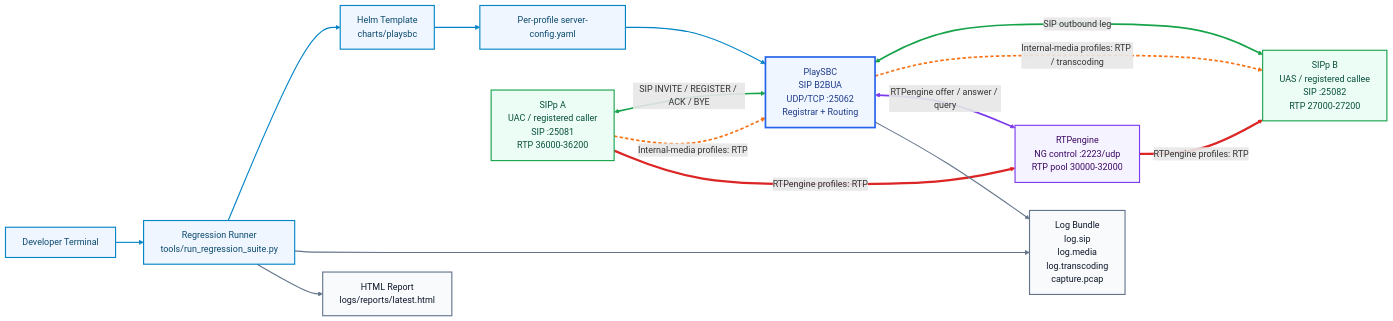
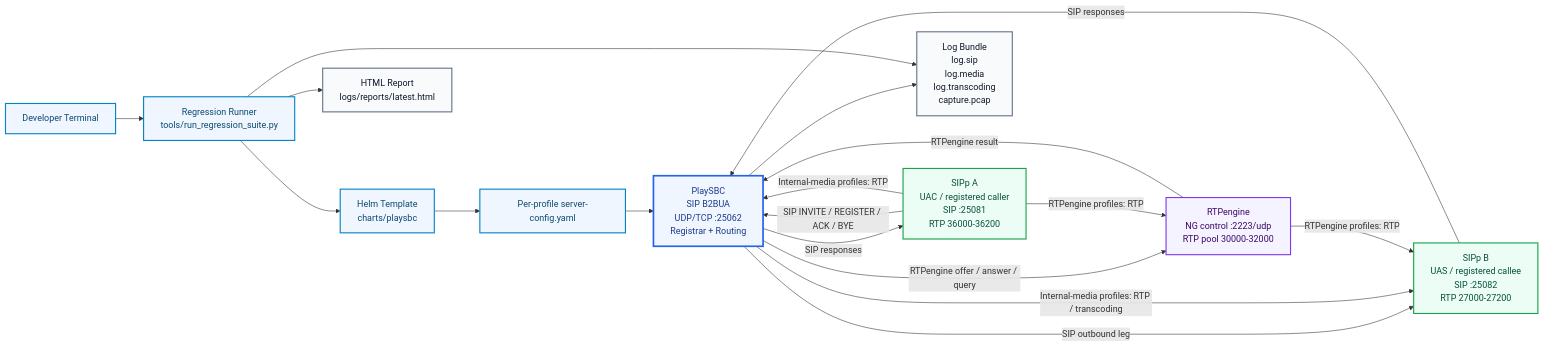
One commit to sudheerkumarvatrapu/PlaySBC changed the second of 6 diagrams in docs/ARCHITECTURE_NETWORK.md. Above: the diagram before and after it, drawn with Mermaid. The commit also changed other lines of this file, not shown here.

Commit message:
Make architecture Mermaid render safely

````diff
--- a/docs/ARCHITECTURE_NETWORK.md
+++ b/docs/ARCHITECTURE_NETWORK.md
@@ -107,53 +107,50 @@
 ```mermaid
 flowchart LR
     Dev["Developer Terminal"]
     Runner["Regression Runner<br/>tools/run_regression_suite.py"]
     Helm["Helm Template<br/>charts/playsbc"]
     Config["Per-profile server-config.yaml"]
 
     A["SIPp A<br/>UAC / registered caller<br/>SIP :25081<br/>RTP 36000-36200"]
     SBC["PlaySBC<br/>SIP B2BUA<br/>UDP/TCP :25062<br/>Registrar + Routing"]
     B["SIPp B<br/>UAS / registered callee<br/>SIP :25082<br/>RTP 27000-27200"]
     RTPE["RTPengine<br/>NG control :2223/udp<br/>RTP pool 30000-32000"]
 
     Logs["Log Bundle<br/>log.sip<br/>log.media<br/>log.transcoding<br/>capture.pcap"]
     Report["HTML Report<br/>logs/reports/latest.html"]
 
     Dev --> Runner
     Runner --> Helm
     Helm --> Config
     Config --> SBC
 
-    A <-->|SIP INVITE / REGISTER / ACK / BYE| SBC
-    SBC <-->|SIP outbound leg| B
+    A -->|SIP INVITE / REGISTER / ACK / BYE| SBC
+    SBC -->|SIP responses| A
+    SBC -->|SIP outbound leg| B
+    B -->|SIP responses| SBC
 
-    A -.->|Internal-media profiles: RTP| SBC
-    SBC -.->|Internal-media profiles: RTP / transcoding| B
+    A -->|Internal-media profiles: RTP| SBC
+    SBC -->|Internal-media profiles: RTP / transcoding| B
 
-    SBC <-->|RTPengine offer / answer / query| RTPE
-    A ==>|RTPengine profiles: RTP| RTPE
-    RTPE ==>|RTPengine profiles: RTP| B
+    SBC -->|RTPengine offer / answer / query| RTPE
+    RTPE -->|RTPengine result| SBC
+    A -->|RTPengine profiles: RTP| RTPE
+    RTPE -->|RTPengine profiles: RTP| B
 
     SBC --> Logs
     Runner --> Logs
     Runner --> Report
 
     classDef endpoint fill:#ecfdf5,stroke:#16a34a,color:#064e3b,stroke-width:2px
     classDef sbc fill:#eff6ff,stroke:#2563eb,color:#1e3a8a,stroke-width:3px
     classDef rtpengine fill:#f5f3ff,stroke:#7c3aed,color:#3b0764,stroke-width:2px
     classDef config fill:#eff6ff,stroke:#0284c7,color:#0c4a6e,stroke-width:2px
     classDef observability fill:#f8fafc,stroke:#64748b,color:#0f172a,stroke-width:2px
 
     class A,B endpoint
     class SBC sbc
     class RTPE rtpengine
     class Dev,Runner,Helm,Config config
     class Logs,Report observability
 
-    linkStyle 0,1,2,3 stroke:#0284c7,stroke-width:2px
-    linkStyle 4,5 stroke:#16a34a,stroke-width:3px
-    linkStyle 6,7 stroke:#f97316,stroke-width:3px,stroke-dasharray:6 4
-    linkStyle 8 stroke:#7c3aed,stroke-width:3px
-    linkStyle 9,10 stroke:#dc2626,stroke-width:4px
-    linkStyle 11,12,13 stroke:#64748b,stroke-width:2px
 ```
````
